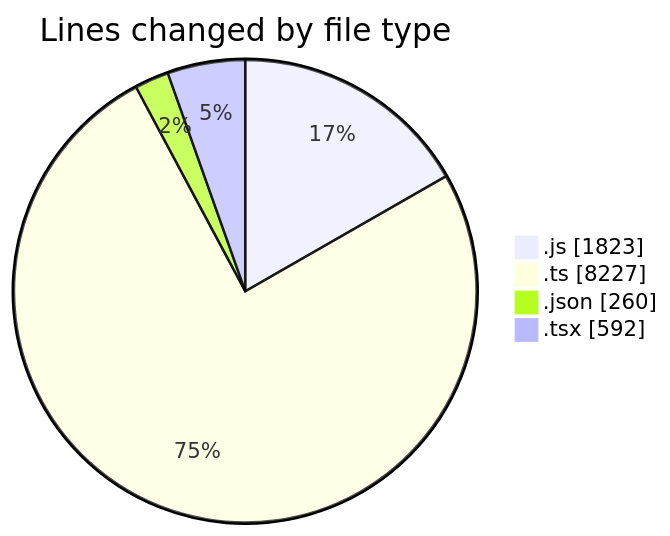
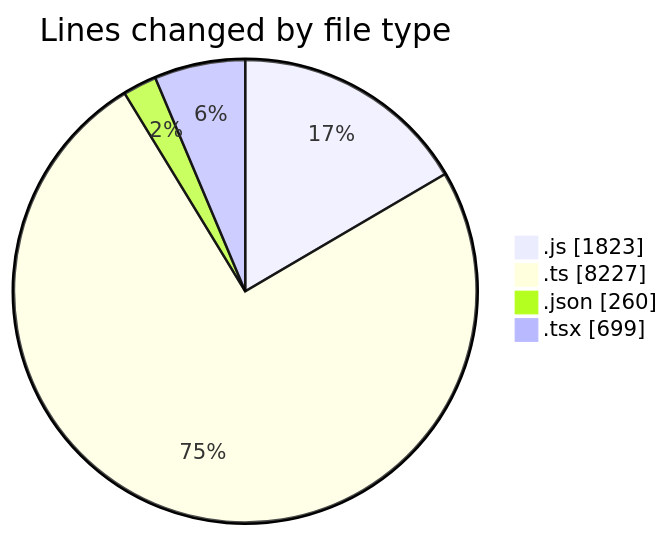
The first of 2 diagrams in 2026-04-08/cda/README.md (momahboobian/code-tracking), drawn with Mermaid before and after one commit. The commit also changed other lines of this file and 1 other file, not shown here.

````diff
--- a/2026-04-08/cda/README.md
+++ b/2026-04-08/cda/README.md
@@ -30,8 +31,8 @@
 ```mermaid
 pie showData
 title Lines changed by file type
 ".js" : 1823
 ".ts" : 8227
 ".json" : 260
-".tsx" : 592
+".tsx" : 699
 ```
````
